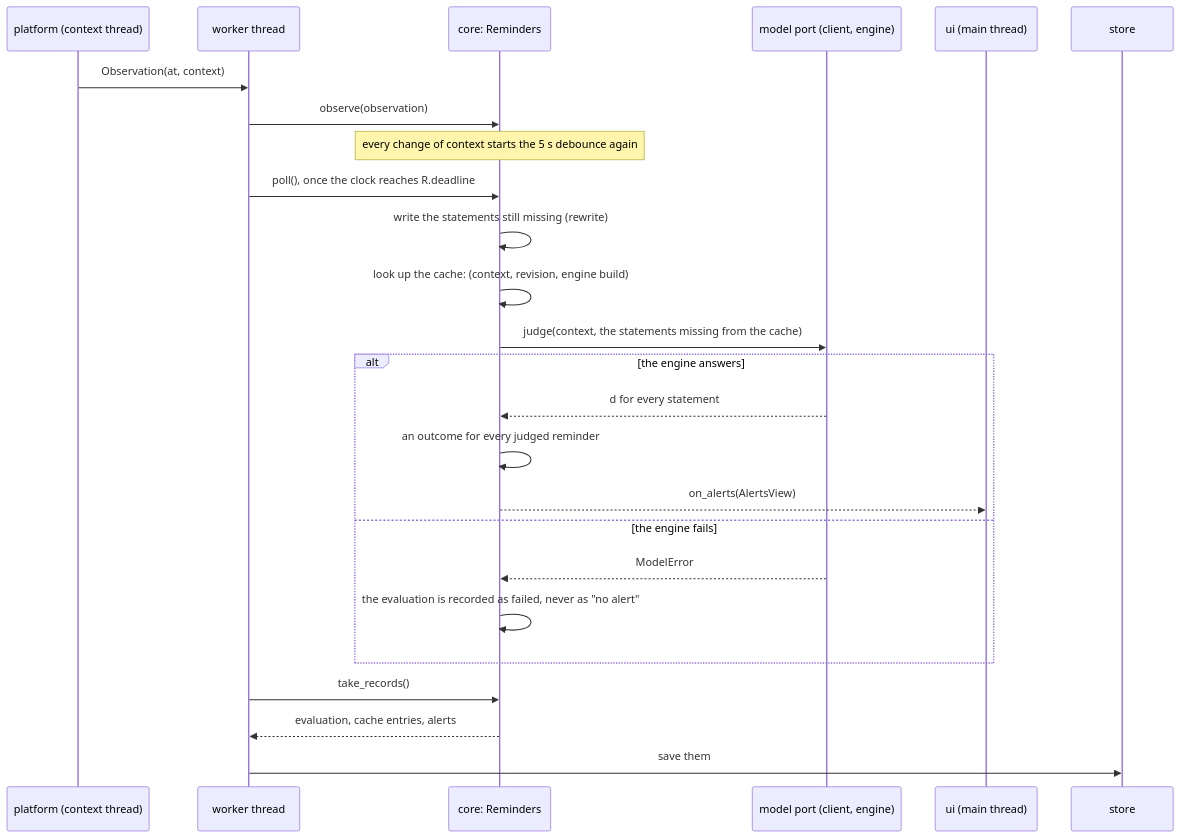
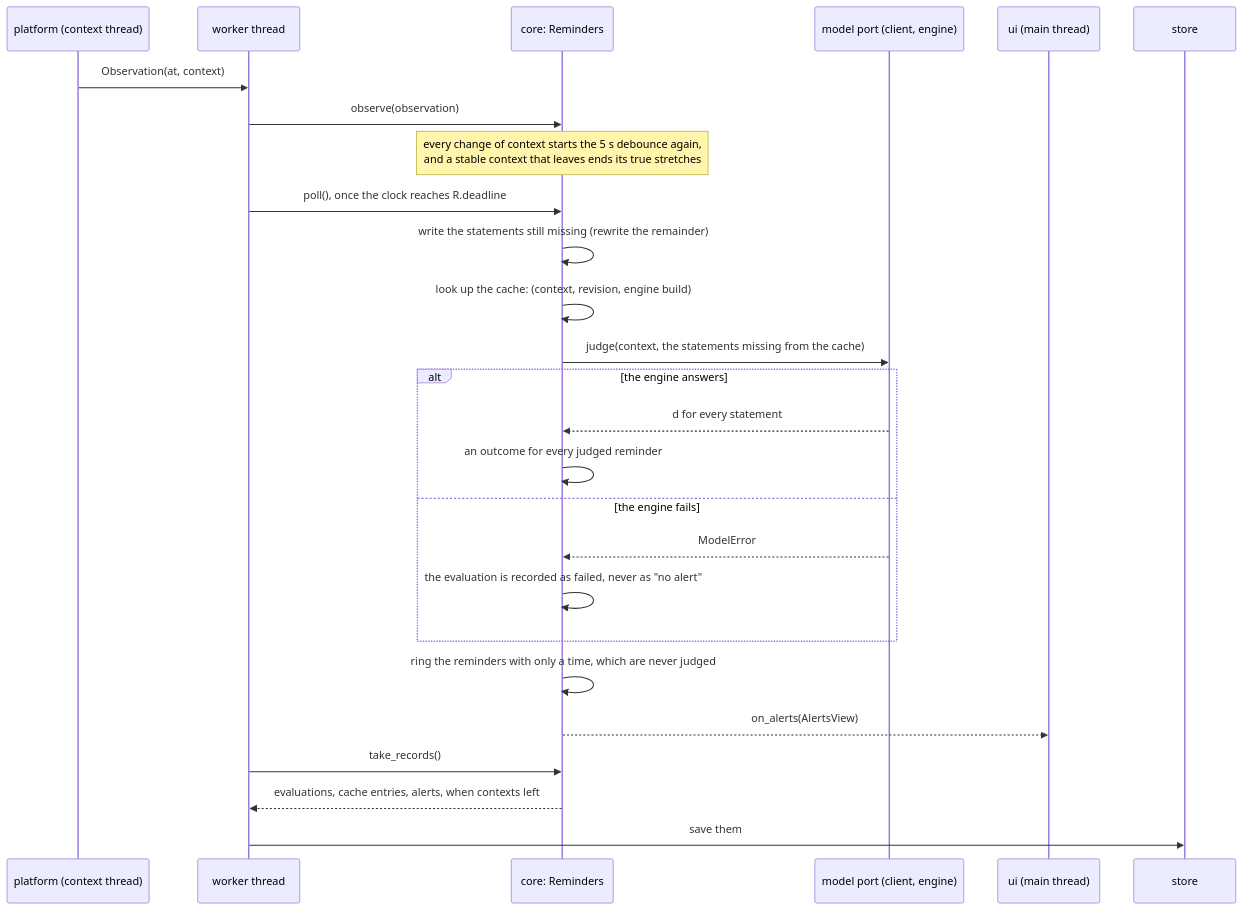
One commit to devfrx/jiffin changed the diagram in docs/design/pipeline.md. Above: the diagram before and after it, drawn with Mermaid. The commit also changed other lines of this file and 37 other files, not shown here.

First line of the commit message:
feat: ring once per occasion or per instance of a time, and migrate the database to 0.2 (#109)

````diff
--- a/docs/design/pipeline.md
+++ b/docs/design/pipeline.md
@@ -8,28 +10,29 @@
 ```mermaid
 sequenceDiagram
     participant P as platform (context thread)
     participant W as worker thread
     participant R as core: Reminders
     participant M as model port (client, engine)
     participant U as ui (main thread)
     participant S as store
 
     P->>W: Observation(at, context)
     W->>R: observe(observation)
-    Note over R: every change of context starts the 5 s debounce again
+    Note over R: every change of context starts the 5 s debounce again,<br/>and a stable context that leaves ends its true stretches
     W->>R: poll(), once the clock reaches R.deadline
-    R->>R: write the statements still missing (rewrite)
+    R->>R: write the statements still missing (rewrite the remainder)
     R->>R: look up the cache: (context, revision, engine build)
     R->>M: judge(context, the statements missing from the cache)
     alt the engine answers
         M-->>R: d for every statement
         R->>R: an outcome for every judged reminder
-        R-->>U: on_alerts(AlertsView)
     else the engine fails
         M-->>R: ModelError
         R->>R: the evaluation is recorded as failed, never as "no alert"
     end
+    R->>R: ring the reminders with only a time, which are never judged
+    R-->>U: on_alerts(AlertsView)
     W->>R: take_records()
-    R-->>W: evaluation, cache entries, alerts
+    R-->>W: evaluations, cache entries, alerts, when contexts left
     W->>S: save them
 ```
````
